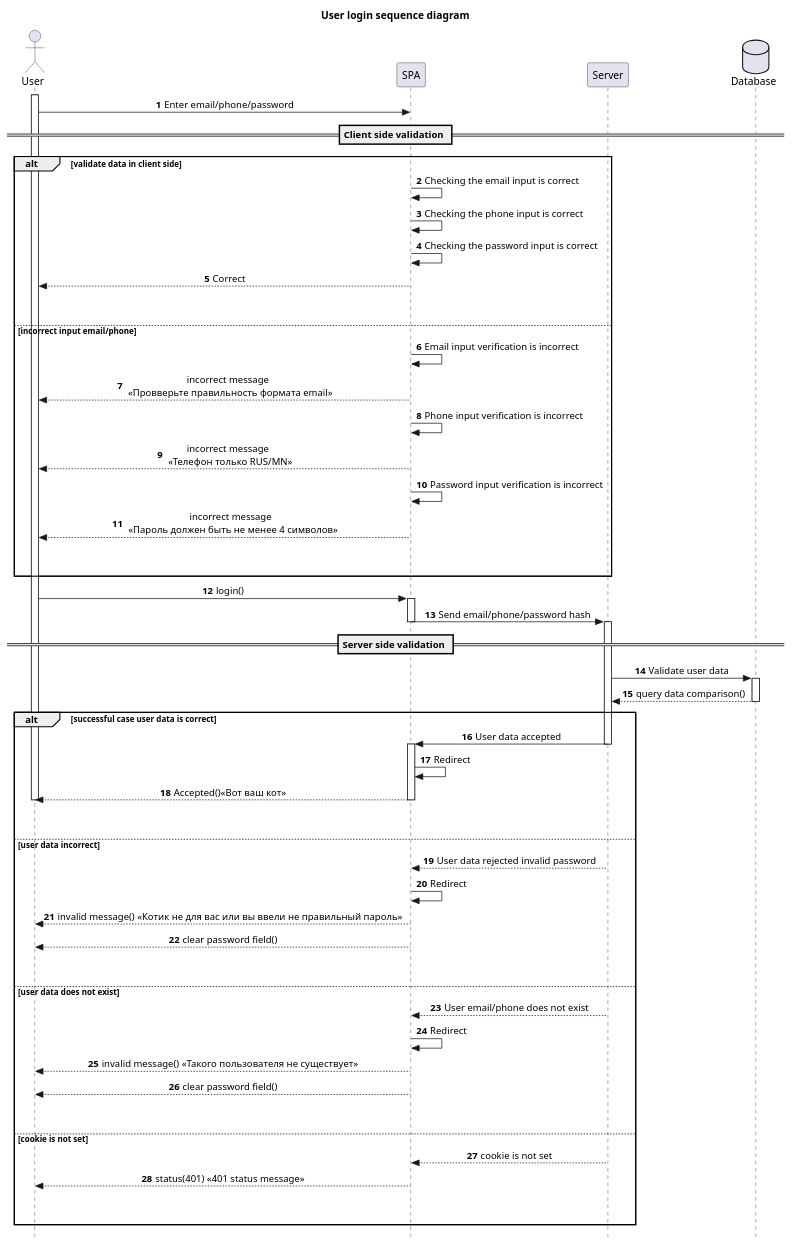
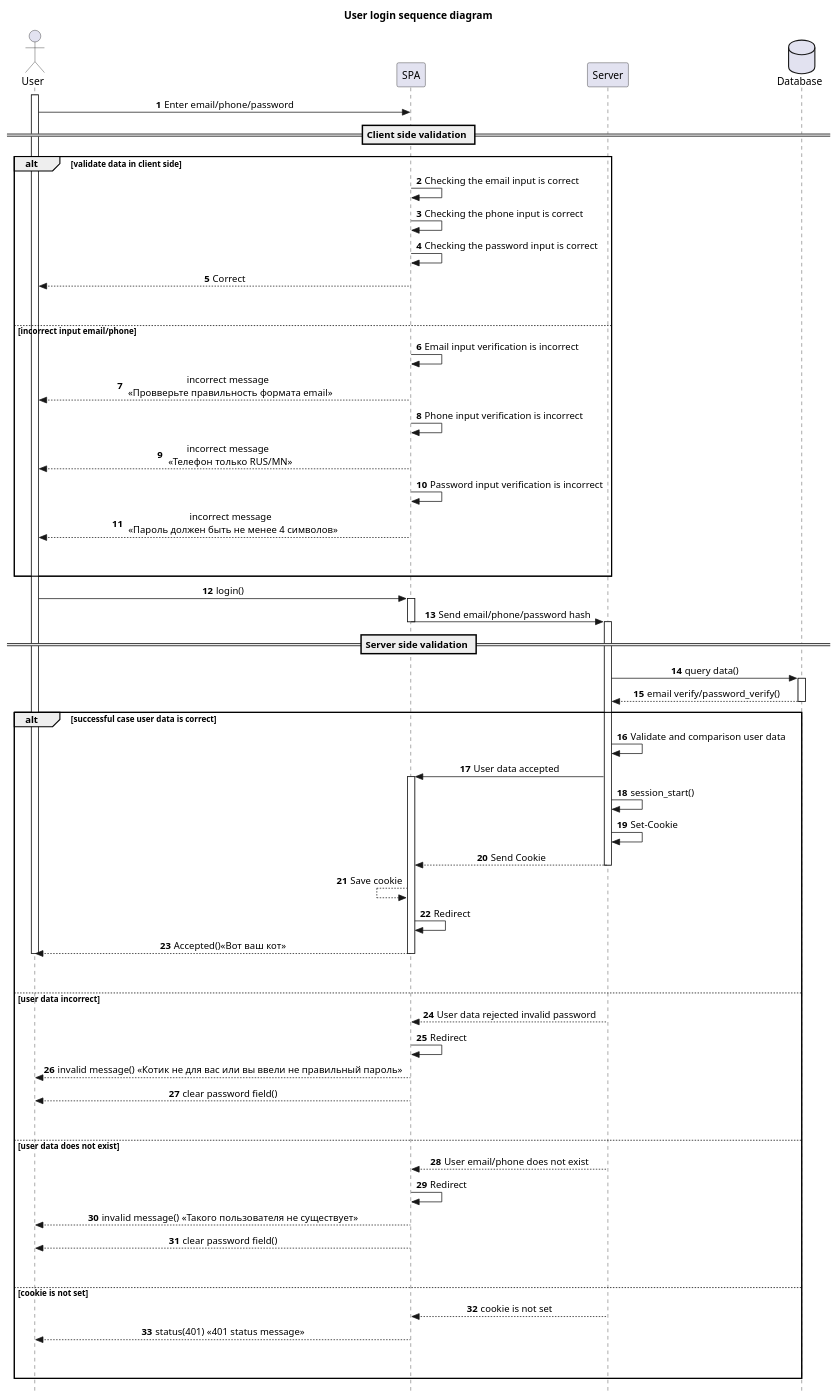
One commit to godoxyfair/igumenova_rmr_hw_server changed the diagram in Sucsessful_unsucsessful UML.puml. Above: the diagram before and after it, drawn with PlantUML.

Commit message:
(un)successful case & cookie (need hints)

```diff
--- a/Sucsessful_unsucsessful UML.puml
+++ b/Sucsessful_unsucsessful UML.puml
@@ -1,76 +1,82 @@
 @startuml
 'https://plantuml.com/sequence-diagram
 
 autonumber
 title User login sequence diagram
 actor User
 participant SPA
 participant Server
 database  Database
 activate User
 
 
 skinparam sequenceMessageAlign center
 skinparam style strictuml
 
 
 User -> SPA : Enter email/phone/password
 == Client side validation ==
 
 alt validate data in client side
     SPA -> SPA: Checking the email input is correct
     SPA -> SPA: Checking the phone input is correct
     SPA -> SPA: Checking the password input is correct
     SPA --> User: Correct
 ||45||
 else incorrect input email/phone
     SPA -> SPA: Email input verification is incorrect
     SPA --> User: incorrect message \n <<Провверьте правильность формата email>>
     SPA -> SPA: Phone input verification is incorrect
     SPA --> User: incorrect message \n <<Телефон только RUS/MN>>
     SPA -> SPA: Password input verification is incorrect
     SPA --> User: incorrect message \n <<Пароль должен быть не менее 4 символов>>
 ||45||
 end
 
 deactivate SPA
 User -> SPA : login()
 
 activate SPA
 SPA -> Server: Send email/phone/password hash
 == Server side validation ==
 deactivate SPA
 
 activate Server
-Server -> Database: Validate user data
+Server -> Database: query data()
 activate Database
-Database --> Server: query data comparison()
+Database --> Server: email verify/password_verify()
 deactivate Database
+
 alt successful case user data is correct
+    Server -> Server: Validate and comparison user data
     Server -> SPA : User data accepted
+    activate SPA
+    Server -> Server: session_start()
+    Server -> Server: Set-Cookie
+    Server --> SPA: Send Cookie
     deactivate Server
-    activate SPA
+    SPA <-- SPA: Save cookie
     SPA -> SPA : Redirect
     SPA --> User: Accepted()<<Вот ваш кот>>
     deactivate SPA
     deactivate User
 ||45||
 else user data incorrect
     Server --> SPA: User data rejected invalid password
     SPA -> SPA: Redirect
     SPA --> User: invalid message() <<Котик не для вас или вы ввели не правильный пароль>>
     SPA --> User: clear password field()
 ||45||
 else user data does not exist
     Server --> SPA: User email/phone does not exist
     SPA -> SPA: Redirect
     SPA --> User: invalid message() <<Такого пользователя не существует>>
     SPA --> User: clear password field()
 ||45||
 else cookie is not set
     Server --> SPA: cookie is not set
     SPA --> User: status(401) <<401 status message>>
 ||45||
 end
 
 @enduml
```
